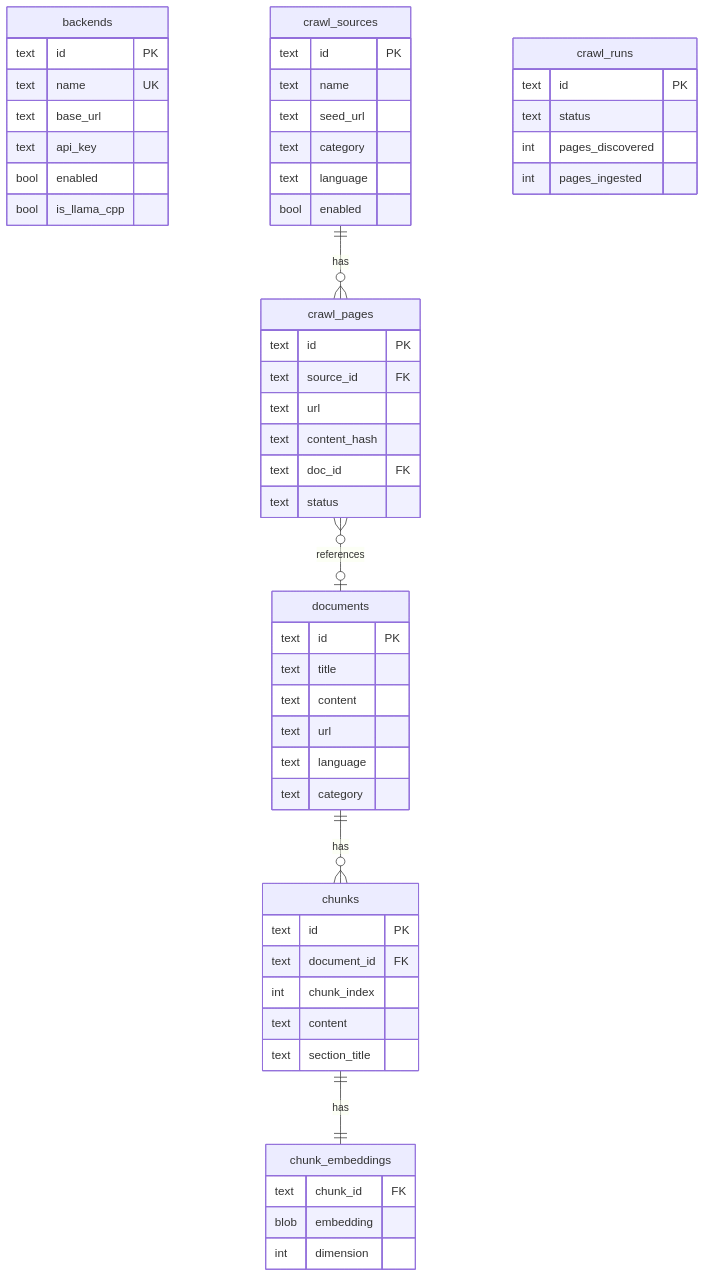
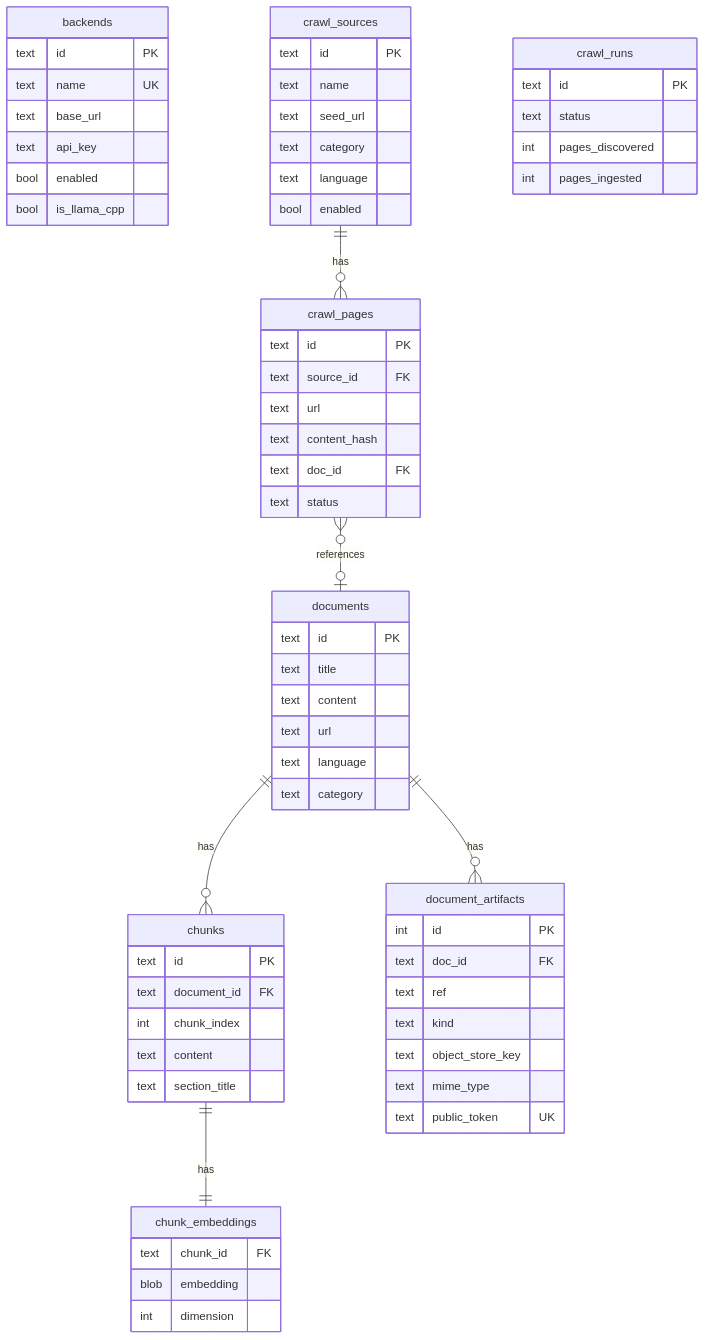
Before and after one commit to klnstprx/etsi-rag: the eighth of 8 diagrams in docs/diagrams.md, drawn with Mermaid. The commit also changed other lines of this file and 29 other files, not shown here.

````diff
--- a/docs/diagrams.md
+++ b/docs/diagrams.md
@@ -235,64 +237,75 @@
 ```mermaid
 erDiagram
     documents {
         text id PK
         text title
         text content
         text url
         text language
         text category
     }
 
     chunks {
         text id PK
         text document_id FK
         int chunk_index
         text content
         text section_title
     }
 
     chunk_embeddings {
         text chunk_id FK
         blob embedding
         int dimension
     }
 
     backends {
         text id PK
         text name UK
         text base_url
         text api_key
         bool enabled
         bool is_llama_cpp
     }
 
     crawl_sources {
         text id PK
         text name
         text seed_url
         text category
         text language
         bool enabled
     }
 
     crawl_pages {
         text id PK
         text source_id FK
         text url
         text content_hash
         text doc_id FK
         text status
     }
 
     crawl_runs {
         text id PK
         text status
         int pages_discovered
         int pages_ingested
     }
 
+    document_artifacts {
+        int id PK
+        text doc_id FK
+        text ref
+        text kind
+        text object_store_key
+        text mime_type
+        text public_token UK
+    }
+
     documents ||--o{ chunks : "has"
     chunks ||--|| chunk_embeddings : "has"
+    documents ||--o{ document_artifacts : "has"
     crawl_sources ||--o{ crawl_pages : "has"
     crawl_pages }o--o| documents : "references"
 ```
````
